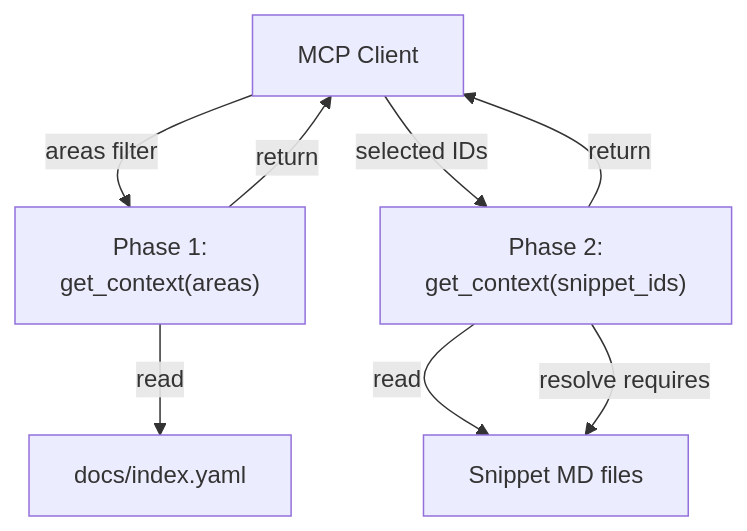
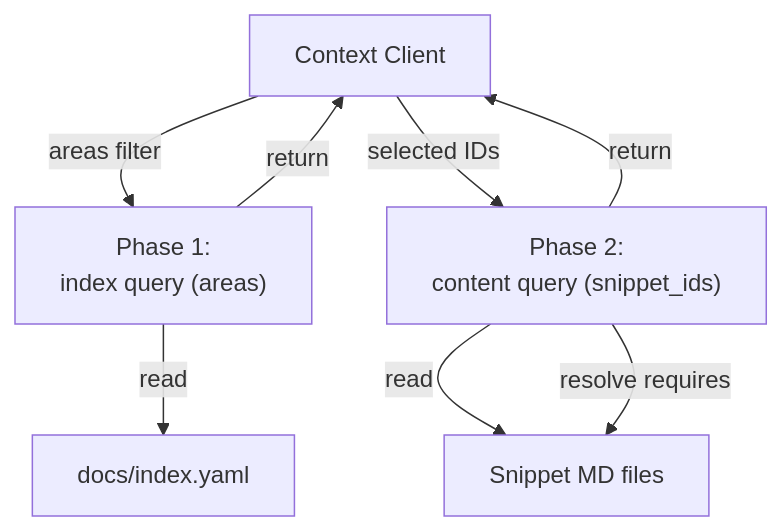
One commit to InstruktAI/TeleClaude changed the first of 3 diagrams in docs/project/design/architecture/context-selection.md. Above: the diagram before and after it, drawn with Mermaid. The commit also changed other lines of this file and 149 other files, not shown here.

````diff
--- a/docs/project/design/architecture/context-selection.md
+++ b/docs/project/design/architecture/context-selection.md
@@ -27,16 +27,16 @@
 ```mermaid
 flowchart TB
-    MCPClient["MCP Client"]
-    Phase1["Phase 1:<br/>get_context(areas)"]
-    Phase2["Phase 2:<br/>get_context(snippet_ids)"]
+    ContextClient["Context Client"]
+    Phase1["Phase 1:<br/>index query (areas)"]
+    Phase2["Phase 2:<br/>content query (snippet_ids)"]
     Index["docs/index.yaml"]
     Files["Snippet MD files"]
 
-    MCPClient -->|areas filter| Phase1
+    ContextClient -->|areas filter| Phase1
     Phase1 -->|read| Index
-    Phase1 -->|return| MCPClient
-    MCPClient -->|selected IDs| Phase2
+    Phase1 -->|return| ContextClient
+    ContextClient -->|selected IDs| Phase2
     Phase2 -->|read| Files
     Phase2 -->|resolve requires| Files
-    Phase2 -->|return| MCPClient
+    Phase2 -->|return| ContextClient
 ```
````
